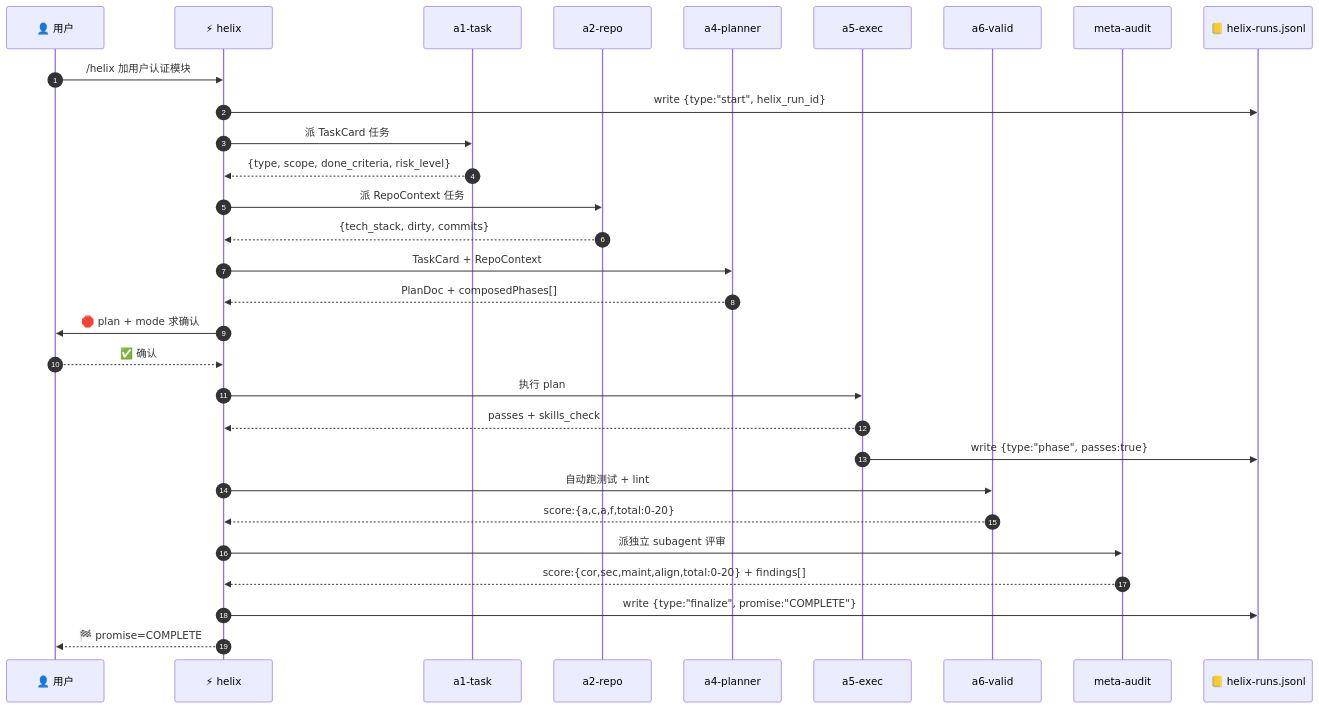
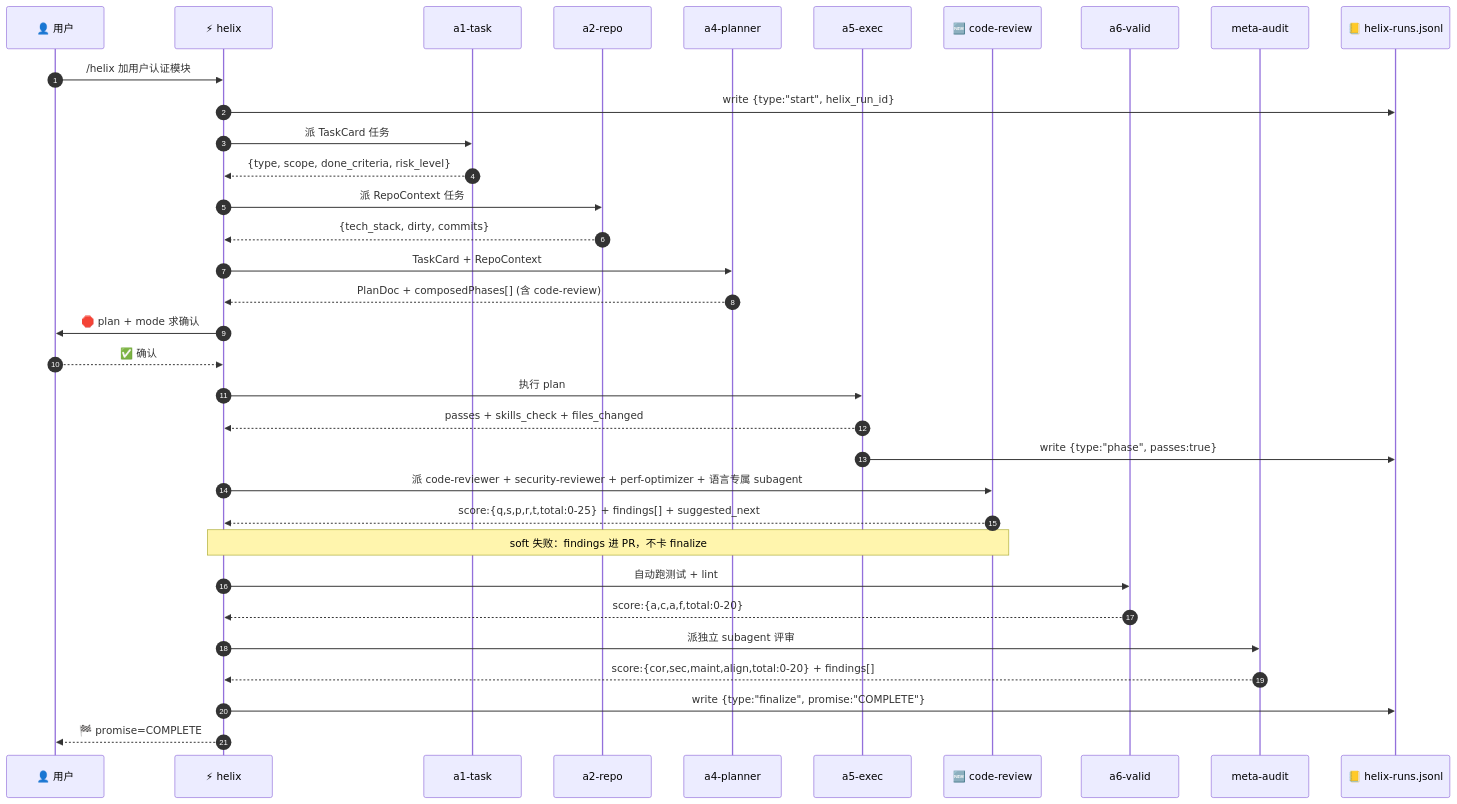
Before and after one commit to Alex-nx-netizen/Alex-harness: the fifth of 6 diagrams in README.md, drawn with Mermaid. The commit also changed other lines of this file and 7 other files, not shown here.

First line of the commit message:
feat(v0.7.2): code-review quality phase — 5-dim scoring with soft-fail semantics

````diff
--- a/README.md
+++ b/README.md
@@ -170,33 +205,37 @@
 ```mermaid
 sequenceDiagram
     autonumber
     participant U as 👤 用户
     participant H as ⚡ helix
     participant A1 as a1-task
     participant A2 as a2-repo
     participant A4 as a4-planner
     participant A5 as a5-exec
+    participant CR as 🆕 code-review
     participant A6 as a6-valid
     participant MA as meta-audit
     participant L as 📒 helix-runs.jsonl
 
     U->>H: /helix 加用户认证模块
     H->>L: write {type:"start", helix_run_id}
     H->>A1: 派 TaskCard 任务
     A1-->>H: {type, scope, done_criteria, risk_level}
     H->>A2: 派 RepoContext 任务
     A2-->>H: {tech_stack, dirty, commits}
     H->>A4: TaskCard + RepoContext
-    A4-->>H: PlanDoc + composedPhases[]
+    A4-->>H: PlanDoc + composedPhases[] (含 code-review)
     H->>U: 🛑 plan + mode 求确认
     U-->>H: ✅ 确认
     H->>A5: 执行 plan
-    A5-->>H: passes + skills_check
+    A5-->>H: passes + skills_check + files_changed
     A5->>L: write {type:"phase", passes:true}
+    H->>CR: 派 code-reviewer + security-reviewer + perf-optimizer + 语言专属 subagent
+    CR-->>H: score:{q,s,p,r,t,total:0-25} + findings[] + suggested_next
+    Note over CR,H: soft 失败：findings 进 PR，不卡 finalize
     H->>A6: 自动跑测试 + lint
     A6-->>H: score:{a,c,a,f,total:0-20}
     H->>MA: 派独立 subagent 评审
     MA-->>H: score:{cor,sec,maint,align,total:0-20} + findings[]
     H->>L: write {type:"finalize", promise:"COMPLETE"}
     H-->>U: 🏁 promise=COMPLETE
 ```
````
